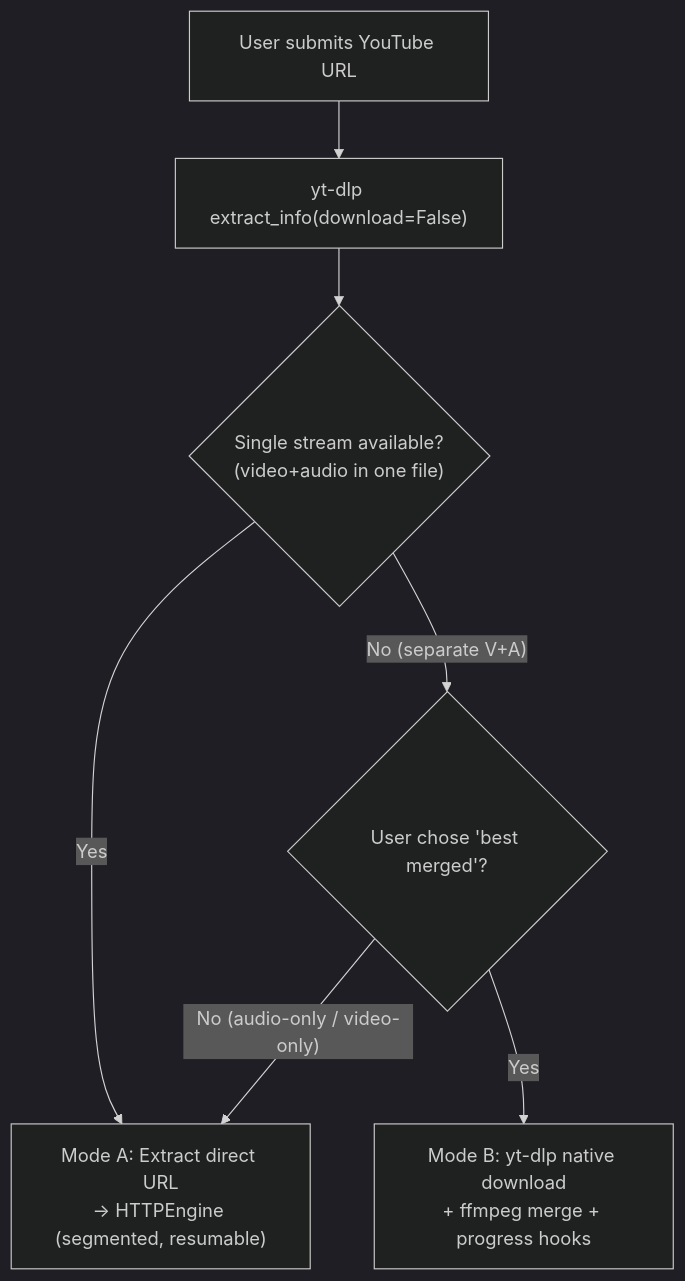
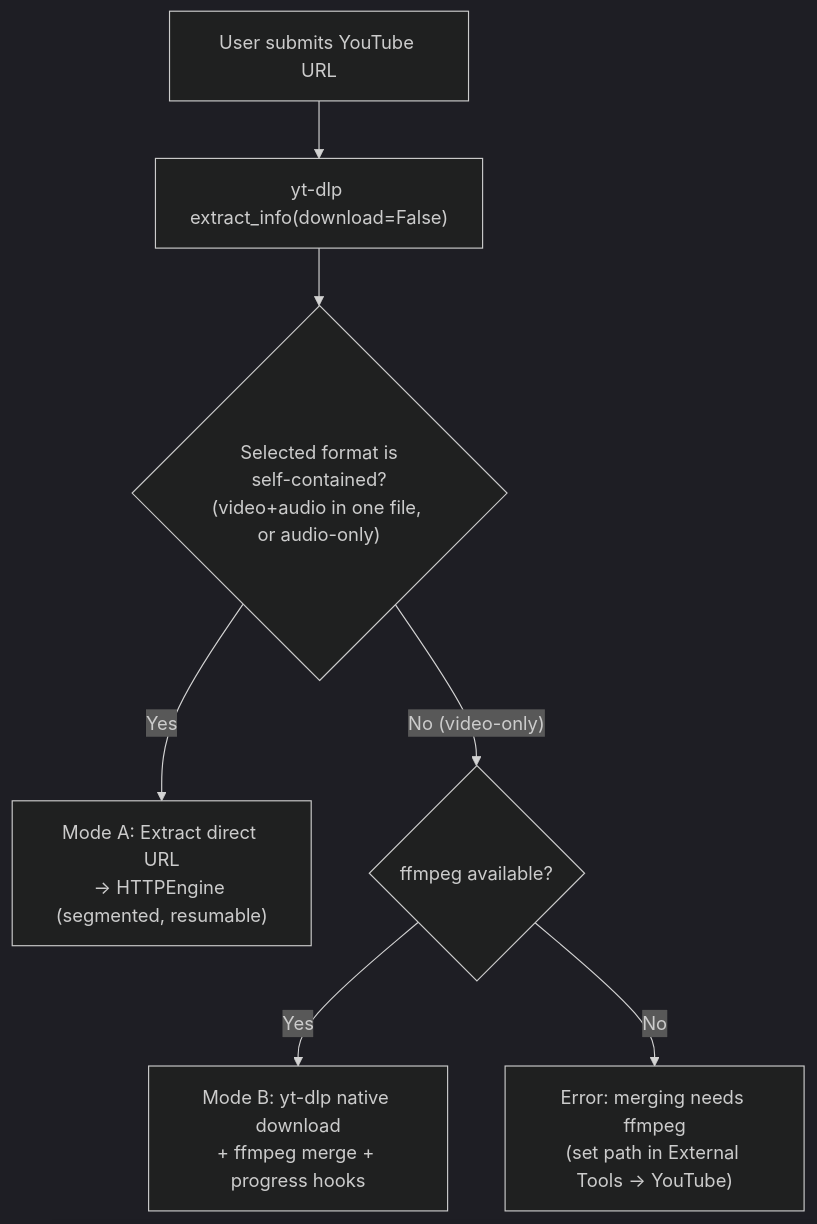
The first of 4 diagrams in docs/architecture/youtube-scraper.md (rakeshmalik91/my-idm), drawn with Mermaid (dark theme) before and after one commit. The commit also changed other lines of this file and 18 other files, not shown here.

````diff
--- a/docs/architecture/youtube-scraper.md
+++ b/docs/architecture/youtube-scraper.md
@@ -106,9 +154,9 @@
 ```mermaid
 flowchart TD
     A["User submits YouTube URL"] --> B["yt-dlp extract_info(download=False)"]
-    B --> C{"Single stream available?<br/>(video+audio in one file)"}
+    B --> C{"Selected format is<br/>self-contained?<br/>(video+audio in one file, or audio-only)"}
     C -- "Yes" --> D["Mode A: Extract direct URL<br/>→ HTTPEngine (segmented, resumable)"]
-    C -- "No (separate V+A)" --> E{"User chose 'best merged'?"}
+    C -- "No (video-only)" --> E{"ffmpeg available?"}
     E -- "Yes" --> F["Mode B: yt-dlp native download<br/>+ ffmpeg merge + progress hooks"]
-    E -- "No (audio-only / video-only)" --> D
+    E -- "No" --> G["Error: merging needs ffmpeg<br/>(set path in External Tools → YouTube)"]
 ```
````
